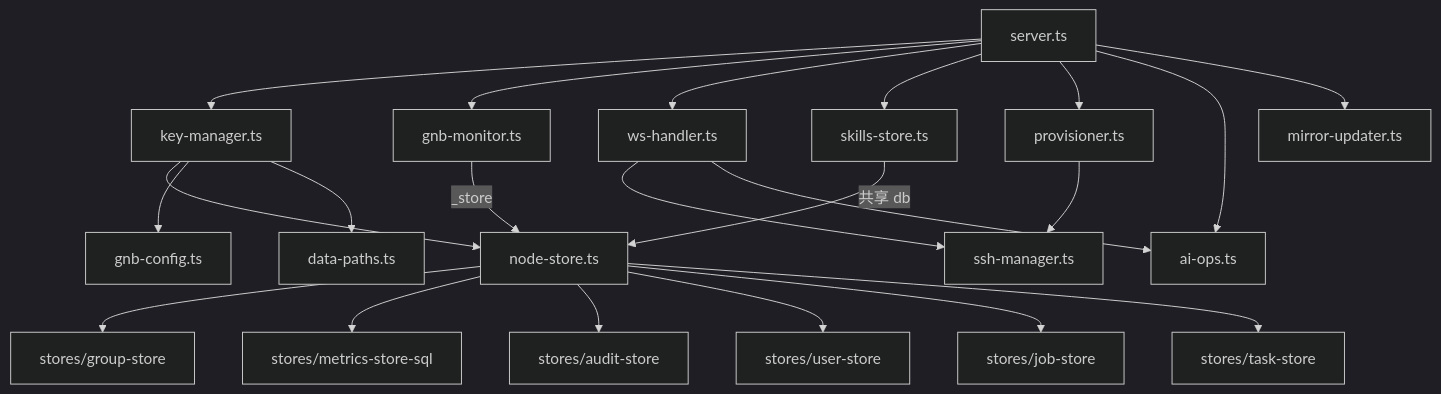
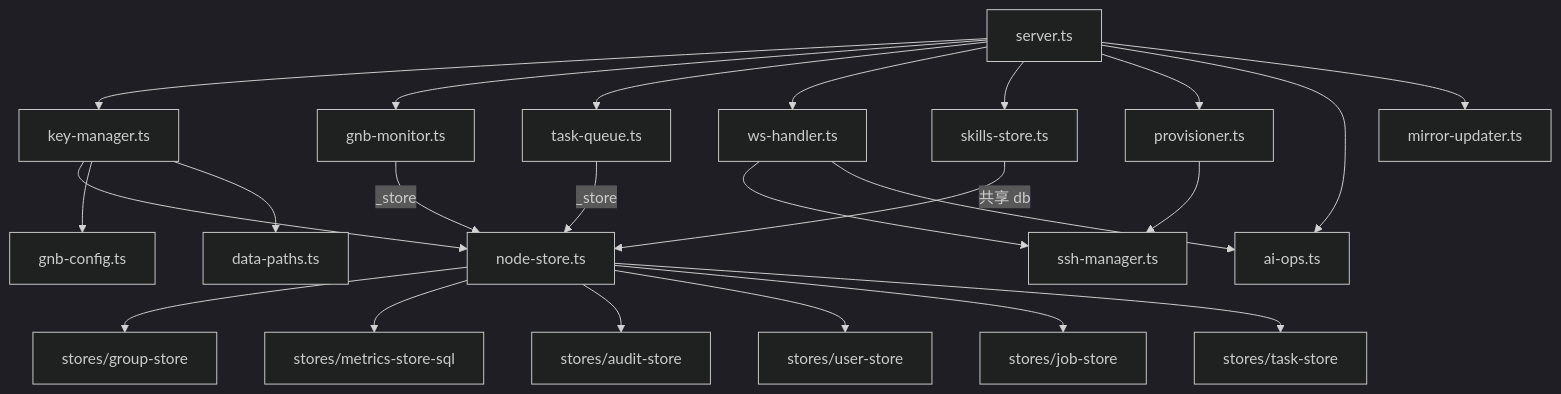
The diagram in AGENTS.md (dayuer/opengnb-gui), drawn with Mermaid (dark theme) before and after one commit. The commit also changed other lines of this file and 39 other files, not shown here.

Commit message:
[Agent] refactor: 全局类型安全加固 + 任务队列独立模块 — TypeScript 严格模式适配、skill-command 策略注册表、task-queue 从 gnb-monitor 提炼、Express 类型声明、auth 中间件增强、40 文件重构 + 测试覆盖

````diff
--- a/AGENTS.md
+++ b/AGENTS.md
@@ -86,28 +88,30 @@
 ```mermaid
 graph TD
     SERVER[server.ts] --> KM[key-manager.ts]
     SERVER --> MON[gnb-monitor.ts]
+    SERVER --> TQ[task-queue.ts]
     SERVER --> WS[ws-handler.ts]
     SERVER --> SS[skills-store.ts]
     SERVER --> PROV[provisioner.ts]
     SERVER --> AI[ai-ops.ts]
     SERVER --> MU[mirror-updater.ts]
 
     KM --> NS[node-store.ts]
     KM --> GC[gnb-config.ts]
     KM --> DP[data-paths.ts]
 
     NS --> GS[stores/group-store]
     NS --> MS[stores/metrics-store-sql]
     NS --> AS[stores/audit-store]
     NS --> US[stores/user-store]
     NS --> JS[stores/job-store]
     NS --> TS[stores/task-store]
 
     MON -->|_store| NS
+    TQ -->|_store| NS
     SS -->|共享 db| NS
 
     WS --> SSH[ssh-manager.ts]
     WS --> AI
     PROV --> SSH
 ```
````
